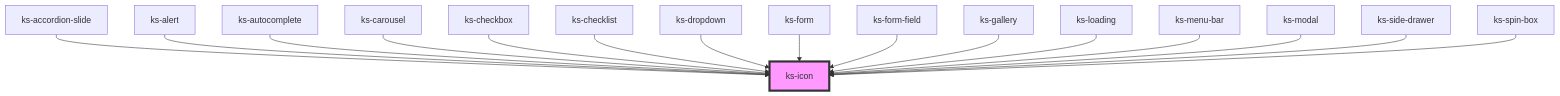
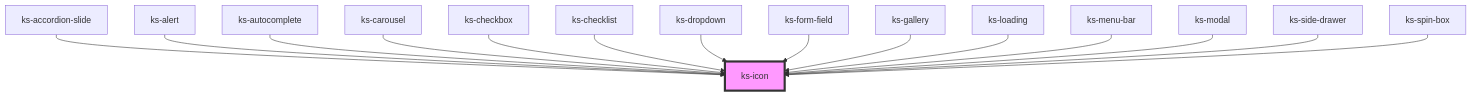
Before and after one commit to kickstand-ui/kickstand-ui: the diagram in src/scripts/components/icon/readme.md, drawn with Mermaid. The commit also changed other lines of this file and 1 other file, not shown here.

Commit message:
remove duplicate icon

````diff
--- a/src/scripts/components/icon/readme.md
+++ b/src/scripts/components/icon/readme.md
@@ -38,19 +37,18 @@
 ```mermaid
 graph TD;
   ks-accordion-slide --> ks-icon
   ks-alert --> ks-icon
   ks-autocomplete --> ks-icon
   ks-carousel --> ks-icon
   ks-checkbox --> ks-icon
   ks-checklist --> ks-icon
   ks-dropdown --> ks-icon
-  ks-form --> ks-icon
   ks-form-field --> ks-icon
   ks-gallery --> ks-icon
   ks-loading --> ks-icon
   ks-menu-bar --> ks-icon
   ks-modal --> ks-icon
   ks-side-drawer --> ks-icon
   ks-spin-box --> ks-icon
   style ks-icon fill:#f9f,stroke:#333,stroke-width:4px
 ```
````
